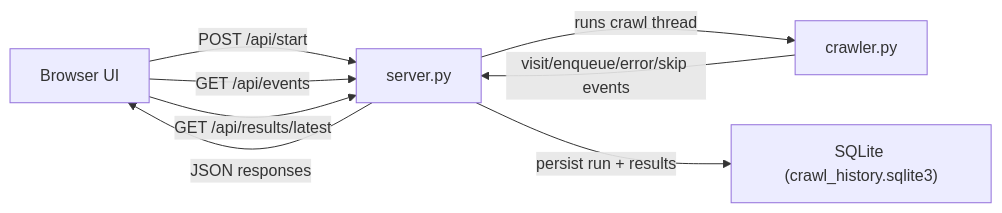
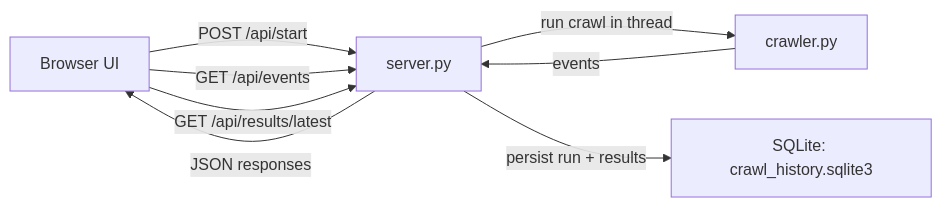
The second of 3 diagrams in README.md (chaitanyax/web-crawler-live), drawn with Mermaid before and after one commit. The commit also changed other lines of this file and 2 other files, not shown here.

Commit message:
feat: implement a simple BFS crawler and update the main README with a learning path and architectural diagrams.

````diff
--- a/README.md
+++ b/README.md
@@ -56,10 +66,10 @@
 ```mermaid
 flowchart LR
-  A["Browser UI"] -->|POST /api/start| B["server.py"]
-  A -->|GET /api/events| B
-  A -->|GET /api/results/latest| B
-  B -->|runs crawl thread| C["crawler.py"]
-  C -->|visit/enqueue/error/skip events| B
-  B -->|persist run + results| D["SQLite (crawl_history.sqlite3)"]
-  B -->|JSON responses| A
+  UI["Browser UI"] -->|"POST /api/start"| S["server.py"]
+  UI -->|"GET /api/events"| S
+  UI -->|"GET /api/results/latest"| S
+  S -->|"run crawl in thread"| C["crawler.py"]
+  C -->|"events"| S
+  S -->|"persist run + results"| DB["SQLite: crawl_history.sqlite3"]
+  S -->|"JSON responses"| UI
 ```
````
